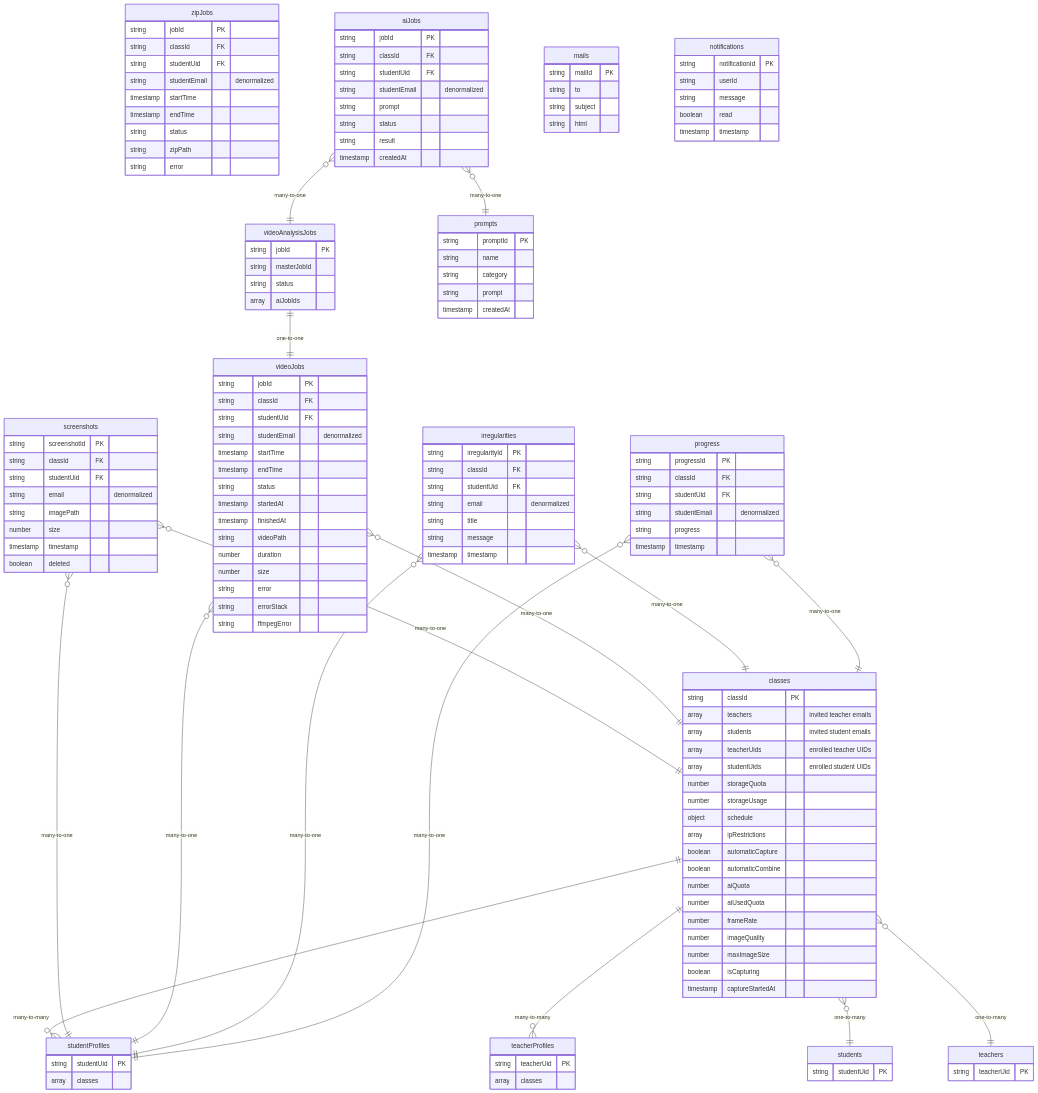
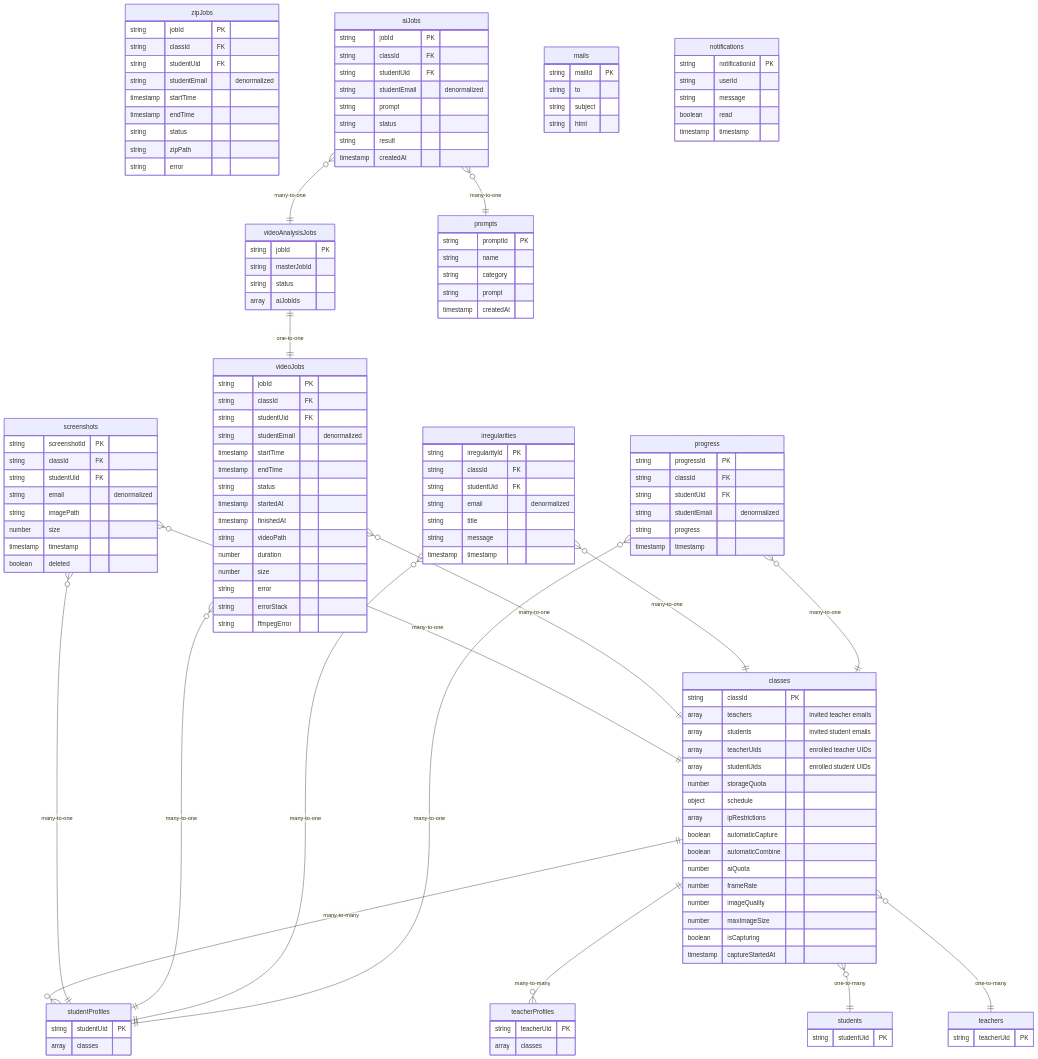
Before and after one commit to wongcyrus/Gemini-AI-Classroom-Assistant: the diagram in docs/firestore-schema.md, drawn with Mermaid. The commit also changed other lines of this file and 4 other files, not shown here.

```diff
--- a/docs/firestore-schema.md
+++ b/docs/firestore-schema.md
@@ -13,13 +13,11 @@
         array teacherUids "enrolled teacher UIDs"
         array studentUids "enrolled student UIDs"
         number storageQuota
-        number storageUsage
         object schedule
         array ipRestrictions
         boolean automaticCapture
         boolean automaticCombine
         number aiQuota
-        number aiUsedQuota
         number frameRate
         number imageQuality
         number maxImageSize
```
